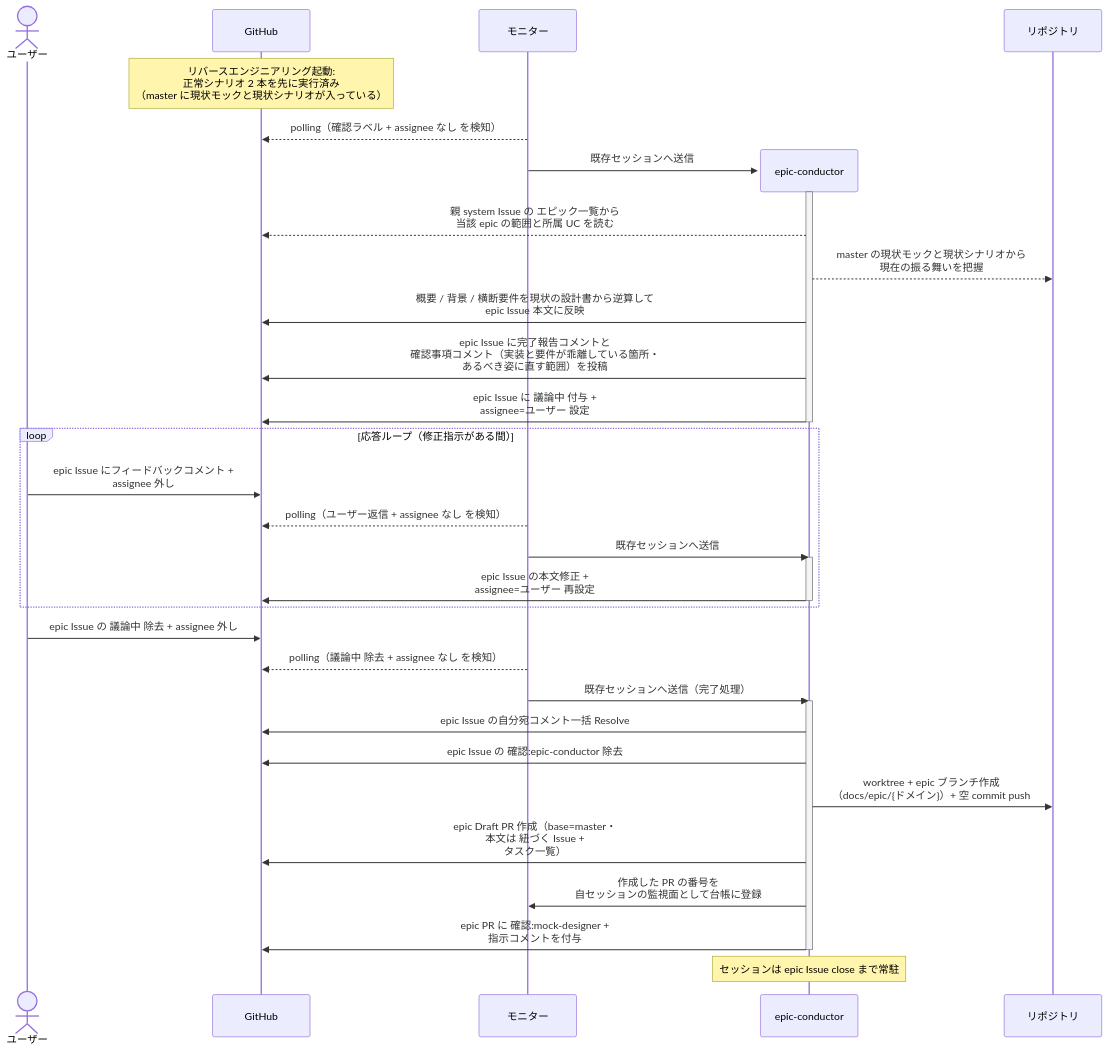
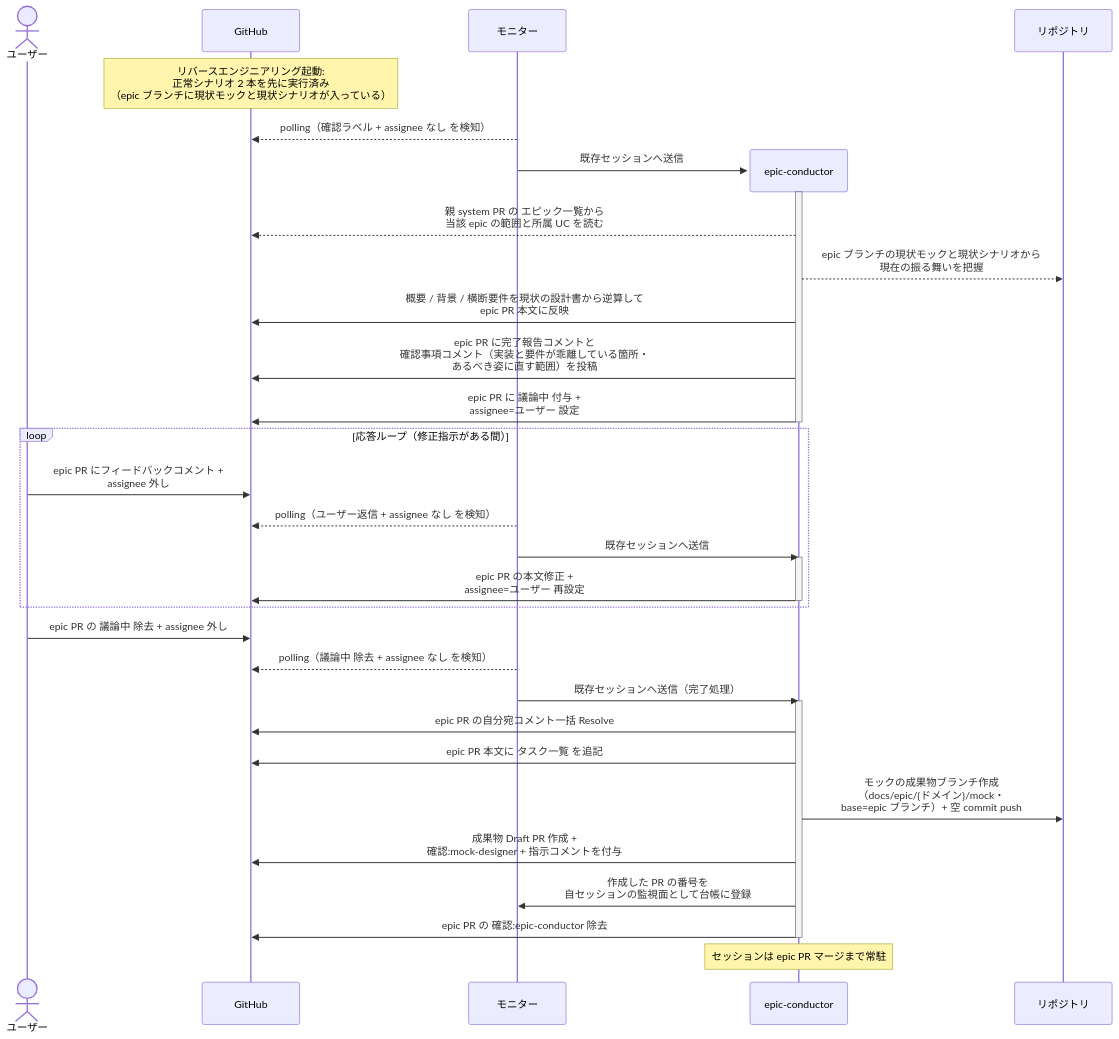
One commit to shuhei1101/ai-monitor changed the fifth of 5 diagrams in docs/wiki/設計図/シナリオ/単一ユースケース/epic要件確定.md. Above: the diagram before and after it, drawn with Mermaid. The commit also changed other lines of this file and 256 other files, not shown here.

````diff
--- a/docs/wiki/設計図/シナリオ/単一ユースケース/epic要件確定.md
+++ b/docs/wiki/設計図/シナリオ/単一ユースケース/epic要件確定.md
@@ -233,41 +238,41 @@
 ```mermaid
 sequenceDiagram
   actor U as ユーザー
   participant GH as GitHub
   participant ORC as モニター
 
-  Note over GH: リバースエンジニアリング起動:<br>正常シナリオ 2 本を先に実行済み<br>（master に現状モックと現状シナリオが入っている）
+  Note over GH: リバースエンジニアリング起動:<br>正常シナリオ 2 本を先に実行済み<br>（epic ブランチに現状モックと現状シナリオが入っている）
   ORC-->>GH: polling（確認ラベル + assignee なし を検知）
   create participant MON as epic-conductor
   ORC->>MON: 既存セッションへ送信
   participant REPO as リポジトリ
   activate MON
-  MON-->>GH: 親 system Issue の エピック一覧から<br>当該 epic の範囲と所属 UC を読む
-  MON-->>REPO: master の現状モックと現状シナリオから<br>現在の振る舞いを把握
-  MON->>GH: 概要 / 背景 / 横断要件を現状の設計書から逆算して<br>epic Issue 本文に反映
-  MON->>GH: epic Issue に完了報告コメントと<br>確認事項コメント（実装と要件が乖離している箇所・<br>あるべき姿に直す範囲）を投稿
-  MON->>GH: epic Issue に 議論中 付与 +<br>assignee=ユーザー 設定
+  MON-->>GH: 親 system PR の エピック一覧から<br>当該 epic の範囲と所属 UC を読む
+  MON-->>REPO: epic ブランチの現状モックと現状シナリオから<br>現在の振る舞いを把握
+  MON->>GH: 概要 / 背景 / 横断要件を現状の設計書から逆算して<br>epic PR 本文に反映
+  MON->>GH: epic PR に完了報告コメントと<br>確認事項コメント（実装と要件が乖離している箇所・<br>あるべき姿に直す範囲）を投稿
+  MON->>GH: epic PR に 議論中 付与 +<br>assignee=ユーザー 設定
   deactivate MON
 
   loop 応答ループ（修正指示がある間）
-    U->>GH: epic Issue にフィードバックコメント +<br>assignee 外し
+    U->>GH: epic PR にフィードバックコメント +<br>assignee 外し
     ORC-->>GH: polling（ユーザー返信 + assignee なし を検知）
     ORC->>MON: 既存セッションへ送信
     activate MON
-    MON->>GH: epic Issue の本文修正 +<br>assignee=ユーザー 再設定
+    MON->>GH: epic PR の本文修正 +<br>assignee=ユーザー 再設定
     deactivate MON
   end
 
-  U->>GH: epic Issue の 議論中 除去 + assignee 外し
+  U->>GH: epic PR の 議論中 除去 + assignee 外し
   ORC-->>GH: polling（議論中 除去 + assignee なし を検知）
   ORC->>MON: 既存セッションへ送信（完了処理）
   activate MON
-  MON->>GH: epic Issue の自分宛コメント一括 Resolve
-  MON->>GH: epic Issue の 確認:epic-conductor 除去
-  MON->>REPO: worktree + epic ブランチ作成<br>（docs/epic/{ドメイン}）+ 空 commit push
-  MON->>GH: epic Draft PR 作成（base=master・<br>本文は 紐づく Issue +<br>タスク一覧）
+  MON->>GH: epic PR の自分宛コメント一括 Resolve
+  MON->>GH: epic PR 本文に タスク一覧 を追記
+  MON->>REPO: モックの成果物ブランチ作成<br>（docs/epic/{ドメイン}/mock・<br>base=epic ブランチ）+ 空 commit push
+  MON->>GH: 成果物 Draft PR 作成 +<br>確認:mock-designer + 指示コメントを付与
   MON->>ORC: 作成した PR の番号を<br>自セッションの監視面として台帳に登録
-  MON->>GH: epic PR に 確認:mock-designer +<br>指示コメントを付与
+  MON->>GH: epic PR の 確認:epic-conductor 除去
   deactivate MON
-  Note over MON: セッションは epic Issue close まで常駐
+  Note over MON: セッションは epic PR マージまで常駐
 ```
````
